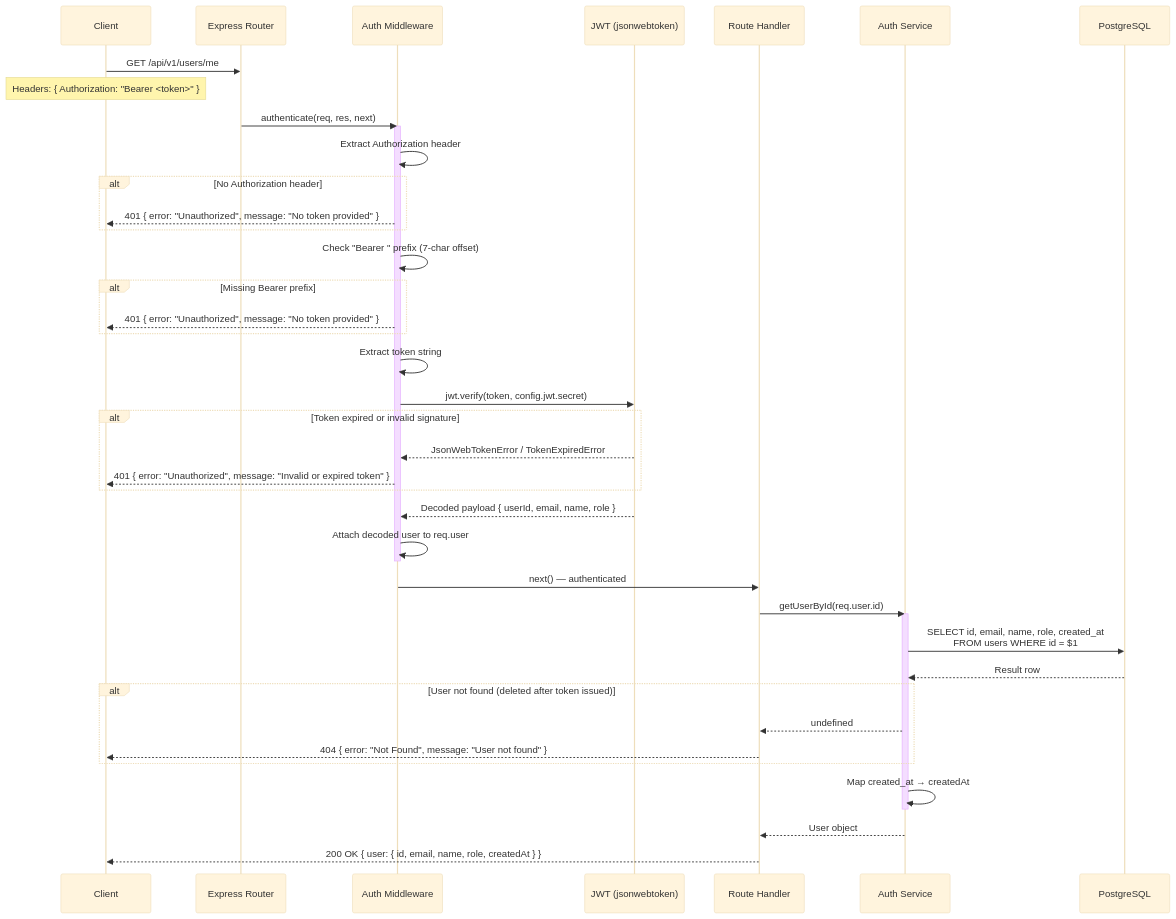
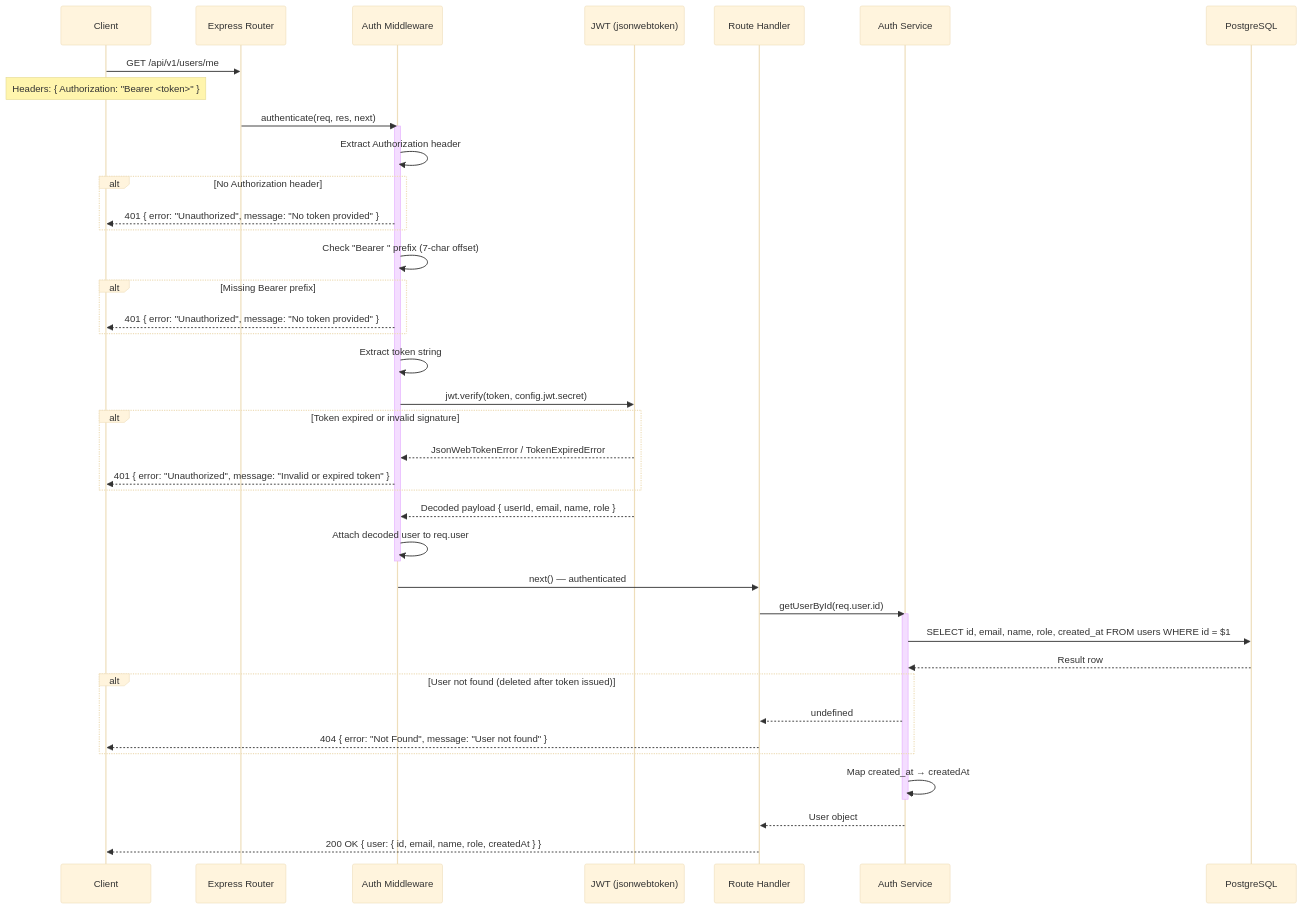
One commit to coakenfold/p-100226 changed the diagram in documentation/diagrams/seq-authenticated-request.md. Above: the diagram before and after it, drawn with Mermaid (base theme). The commit also changed 3 other files, not shown here.

Commit message:
feat: sequence diagrams refactor/fix

````diff
--- a/documentation/diagrams/seq-authenticated-request.md
+++ b/documentation/diagrams/seq-authenticated-request.md
@@ -6,56 +6,56 @@
 ```mermaid
 sequenceDiagram
     participant C as Client
     participant E as Express Router
     participant A as Auth Middleware
     participant JWT as JWT (jsonwebtoken)
     participant R as Route Handler
     participant S as Auth Service
     participant DB as PostgreSQL
 
     C->>E: GET /api/v1/users/me
     Note over C: Headers: { Authorization: "Bearer <token>" }
 
     E->>A: authenticate(req, res, next)
     activate A
 
     A->>A: Extract Authorization header
     alt No Authorization header
         A-->>C: 401 { error: "Unauthorized", message: "No token provided" }
     end
 
     A->>A: Check "Bearer " prefix (7-char offset)
     alt Missing Bearer prefix
         A-->>C: 401 { error: "Unauthorized", message: "No token provided" }
     end
 
     A->>A: Extract token string
 
     A->>JWT: jwt.verify(token, config.jwt.secret)
     alt Token expired or invalid signature
         JWT-->>A: JsonWebTokenError / TokenExpiredError
         A-->>C: 401 { error: "Unauthorized", message: "Invalid or expired token" }
     end
     JWT-->>A: Decoded payload { userId, email, name, role }
 
     A->>A: Attach decoded user to req.user
     deactivate A
     A->>R: next() — authenticated
 
     R->>S: getUserById(req.user.id)
     activate S
 
-    S->>DB: SELECT id, email, name, role, created_at<br/>FROM users WHERE id = $1
+    S->>DB: SELECT id, email, name, role, created_at FROM users WHERE id = $1
     DB-->>S: Result row
 
     alt User not found (deleted after token issued)
         S-->>R: undefined
         R-->>C: 404 { error: "Not Found", message: "User not found" }
     end
 
     S->>S: Map created_at → createdAt
     deactivate S
     S-->>R: User object
 
     R-->>C: 200 OK { user: { id, email, name, role, createdAt } }
 ```
````
